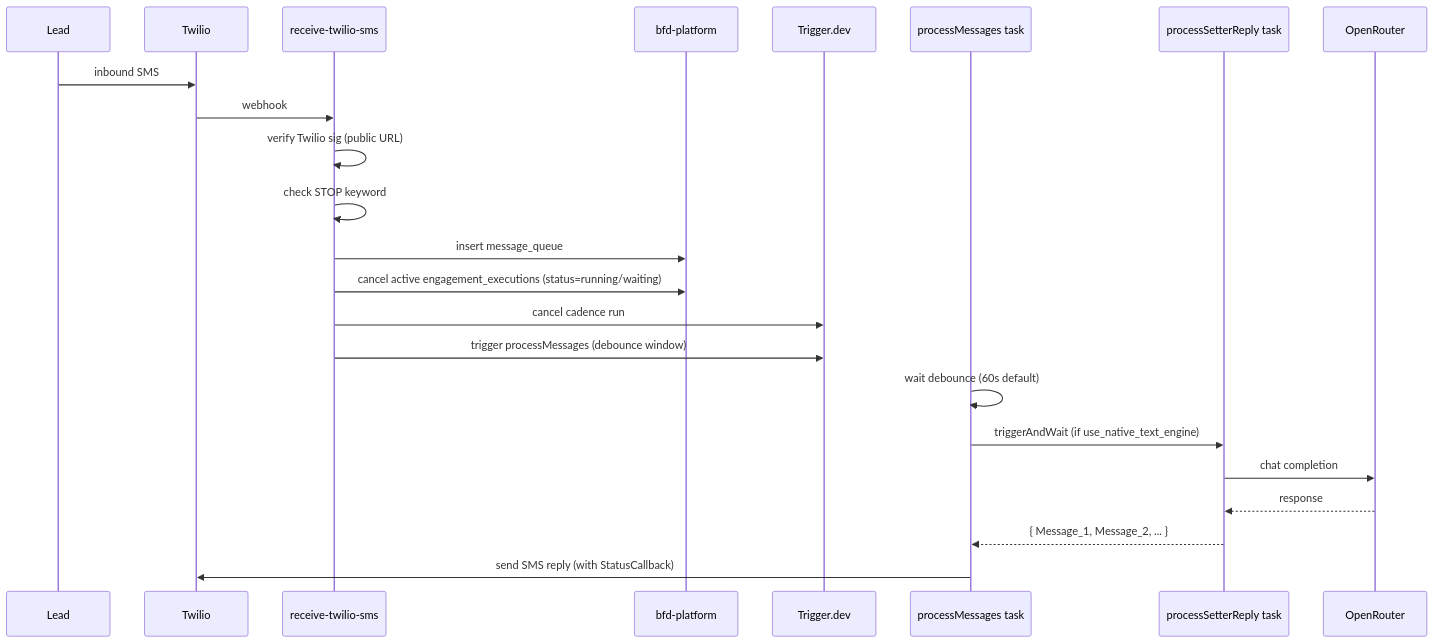
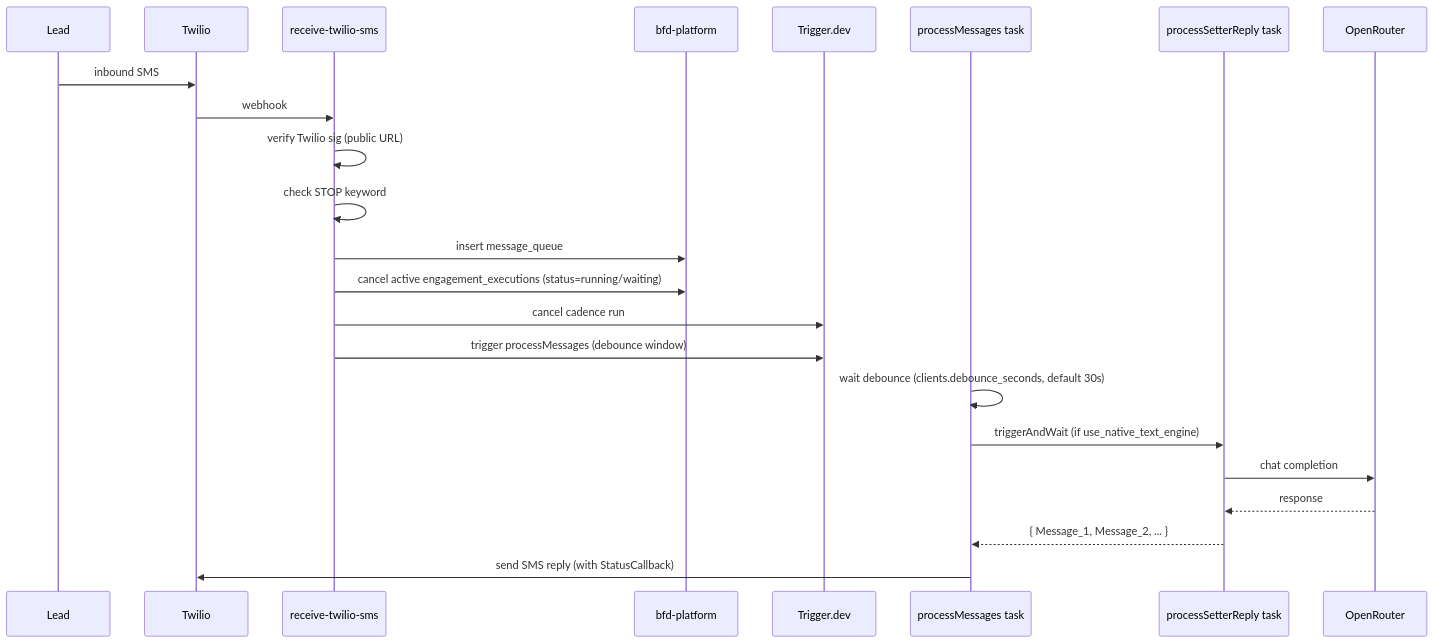
One commit to TheBrendonly/BFD-Setter-OS changed the second of 4 diagrams in Docs/ARCHITECTURE.md. Above: the diagram before and after it, drawn with Mermaid. The commit also changed 1 other file, not shown here.

First paragraph of the commit message:
docs: document Cadence v2 (email + AI copy) and fix the debounce default
Two more drift findings from verifying the audit against code for the overview.

````diff
--- a/Docs/ARCHITECTURE.md
+++ b/Docs/ARCHITECTURE.md
@@ -100,25 +100,25 @@
 ```mermaid
 sequenceDiagram
   participant Lead
   participant Twilio
   participant RcvSMS as receive-twilio-sms
   participant Plat as bfd-platform
   participant Trigger as Trigger.dev
   participant ProcMsg as processMessages task
   participant Setter as processSetterReply task
 
   Lead->>Twilio: inbound SMS
   Twilio->>RcvSMS: webhook
   RcvSMS->>RcvSMS: verify Twilio sig (public URL)
   RcvSMS->>RcvSMS: check STOP keyword
   RcvSMS->>Plat: insert message_queue
   RcvSMS->>Plat: cancel active engagement_executions (status=running/waiting)
   RcvSMS->>Trigger: cancel cadence run
   RcvSMS->>Trigger: trigger processMessages (debounce window)
-  ProcMsg->>ProcMsg: wait debounce (60s default)
+  ProcMsg->>ProcMsg: wait debounce (clients.debounce_seconds, default 30s)
   ProcMsg->>Setter: triggerAndWait (if use_native_text_engine)
   Setter->>OpenRouter: chat completion
   OpenRouter-->>Setter: response
   Setter-->>ProcMsg: { Message_1, Message_2, ... }
   ProcMsg->>Twilio: send SMS reply (with StatusCallback)
 ```
````
